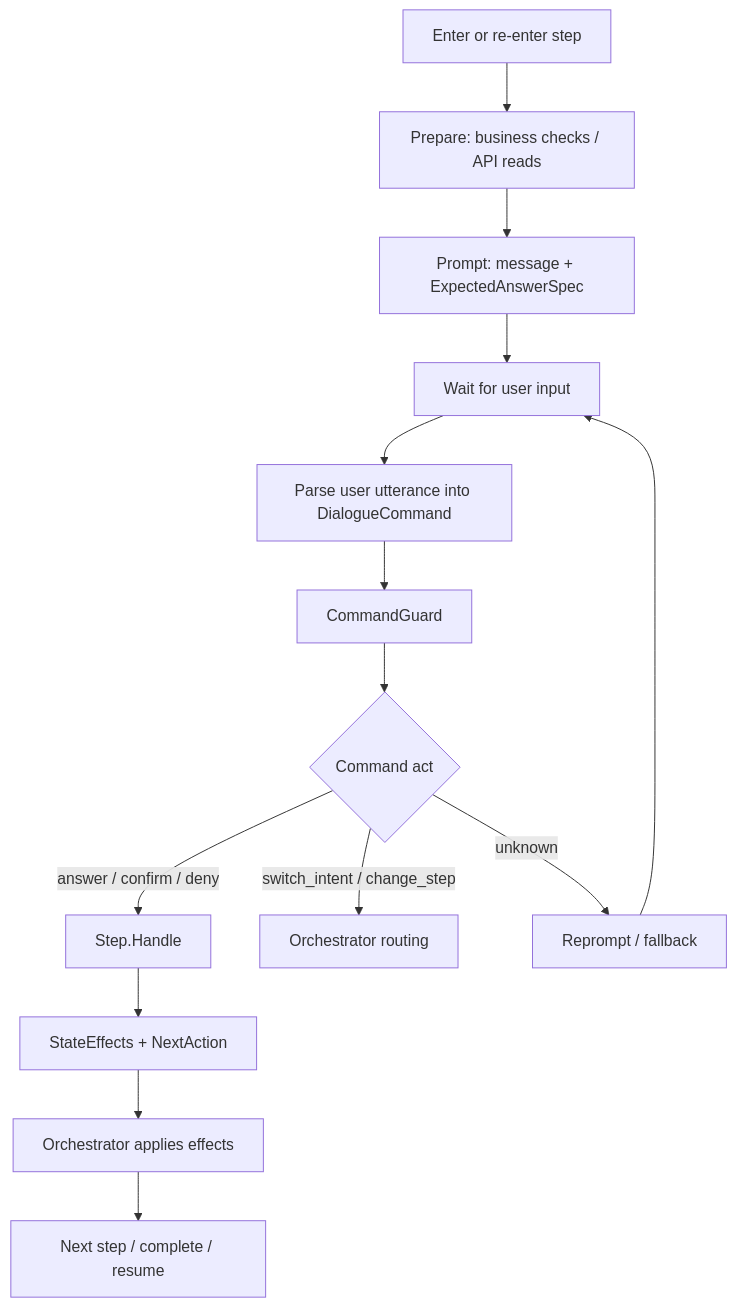
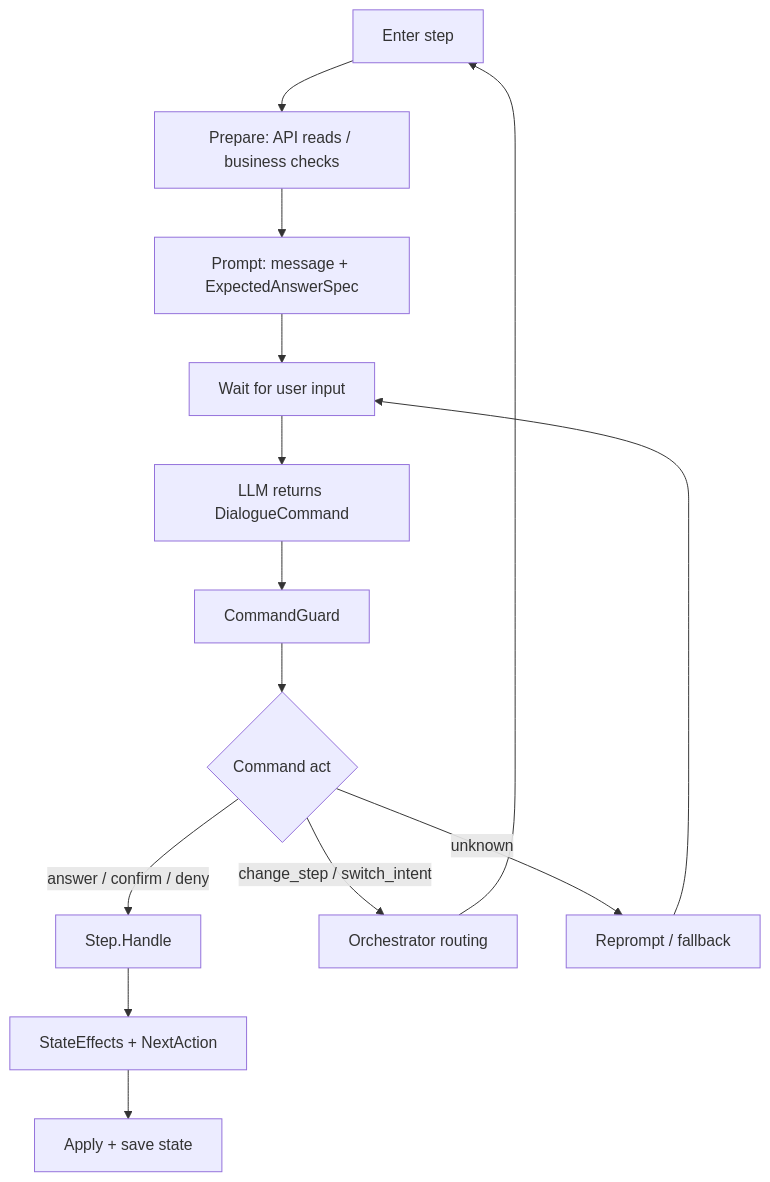
The second of 8 diagrams in docs/superpowers/specs/2026-06-07-intent-step-orchestration-confluence.md (fghjkl007/adk-go-company-model-integration), drawn with Mermaid before and after one commit. The commit also changed other lines of this file, not shown here.

Commit message:
docs: simplify confluence demo diagrams

````diff
--- a/docs/superpowers/specs/2026-06-07-intent-step-orchestration-confluence.md
+++ b/docs/superpowers/specs/2026-06-07-intent-step-orchestration-confluence.md
@@ -110,16 +50,16 @@
 ```mermaid
 flowchart TD
-  Enter["Enter or re-enter step"] --> Prepare["Prepare: business checks / API reads"]
+  Enter["Enter step"] --> Prepare["Prepare: API reads / business checks"]
   Prepare --> Prompt["Prompt: message + ExpectedAnswerSpec"]
   Prompt --> Wait["Wait for user input"]
-  Wait --> Parse["Parse user utterance into DialogueCommand"]
+  Wait --> Parse["LLM returns DialogueCommand"]
   Parse --> Guard["CommandGuard"]
-  Guard --> Decision{"Command act"}
-  Decision -->|answer / confirm / deny| Handle["Step.Handle"]
-  Decision -->|switch_intent / change_step| Orchestrator["Orchestrator routing"]
-  Decision -->|unknown| Reprompt["Reprompt / fallback"]
+  Guard --> Act{"Command act"}
+  Act -->|answer / confirm / deny| Handle["Step.Handle"]
+  Act -->|change_step / switch_intent| Route["Orchestrator routing"]
+  Act -->|unknown| Reprompt["Reprompt / fallback"]
   Handle --> Result["StateEffects + NextAction"]
-  Result --> Apply["Orchestrator applies effects"]
-  Apply --> Next["Next step / complete / resume"]
+  Result --> Apply["Apply + save state"]
+  Route --> Enter
   Reprompt --> Wait
 ```
````
